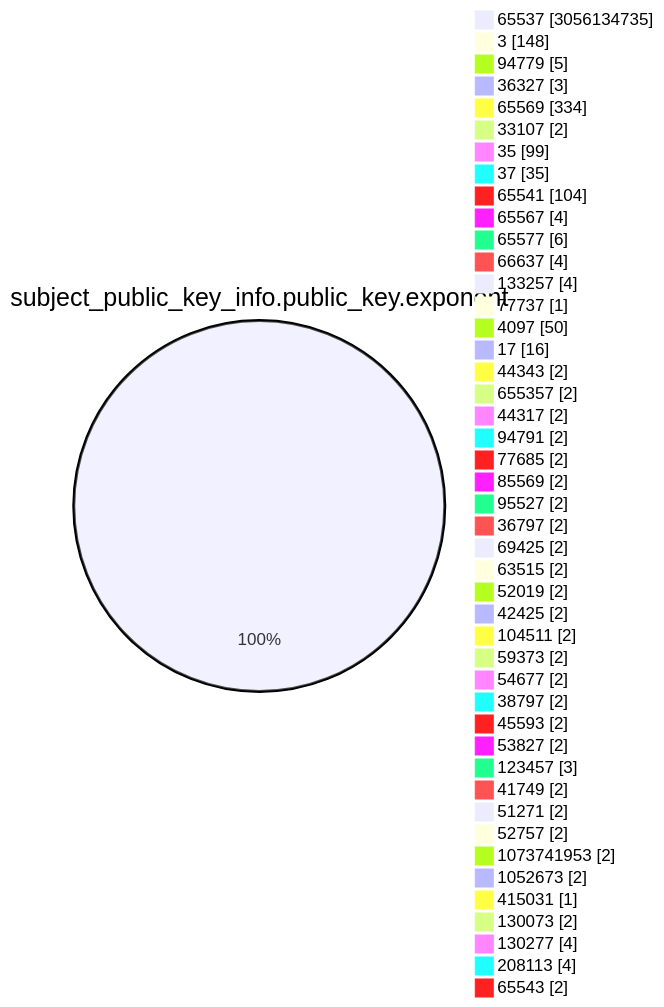
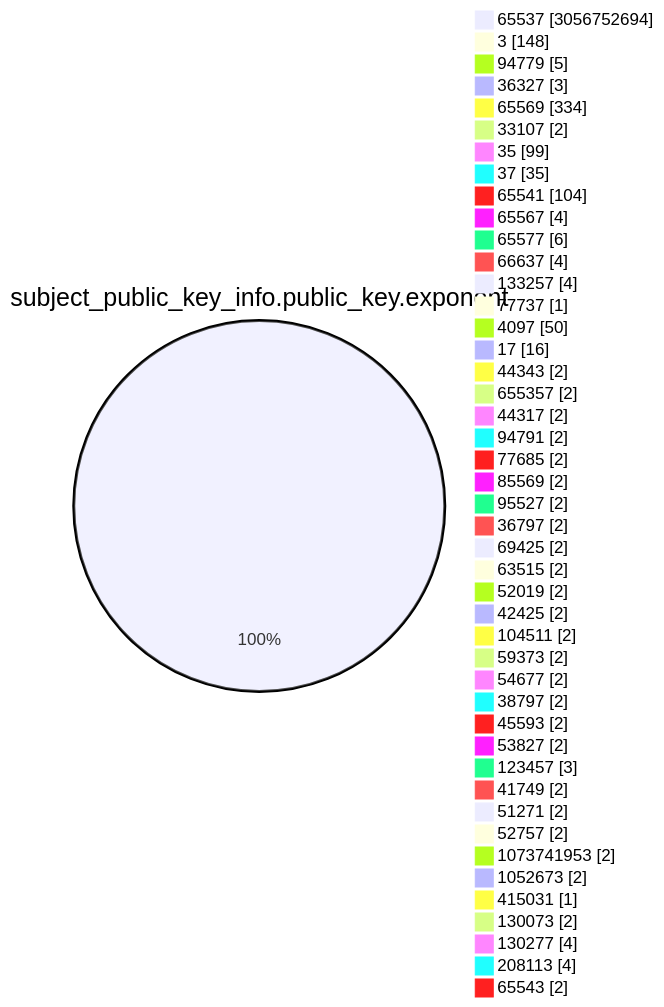
One commit to christiankrug/ctmonitor_visualization changed the fourth of 15 diagrams in TOTAL/README.md. Above: the diagram before and after it, drawn with Mermaid. The commit also changed other lines of this file, not shown here.

````diff
--- a/TOTAL/README.md
+++ b/TOTAL/README.md
@@ -1473,49 +1473,49 @@
 ```mermaid
 pie showData
 title subject_public_key_info.public_key.exponent
-"65537" :3056134735
+"65537" :3056752694
 "3" :148
 "94779" :5
 "36327" :3
 "65569" :334
 "33107" :2
 "35" :99
 "37" :35
 "65541" :104
 "65567" :4
 "65577" :6
 "66637" :4
 "133257" :4
 "77737" :1
 "4097" :50
 "17" :16
 "44343" :2
 "655357" :2
 "44317" :2
 "94791" :2
 "77685" :2
 "85569" :2
 "95527" :2
 "36797" :2
 "69425" :2
 "63515" :2
 "52019" :2
 "42425" :2
 "104511" :2
 "59373" :2
 "54677" :2
 "38797" :2
 "45593" :2
 "53827" :2
 "123457" :3
 "41749" :2
 "51271" :2
 "52757" :2
 "1073741953" :2
 "1052673" :2
 "415031" :1
 "130073" :2
 "130277" :4
 "208113" :4
 "65543" :2
 ```
````
